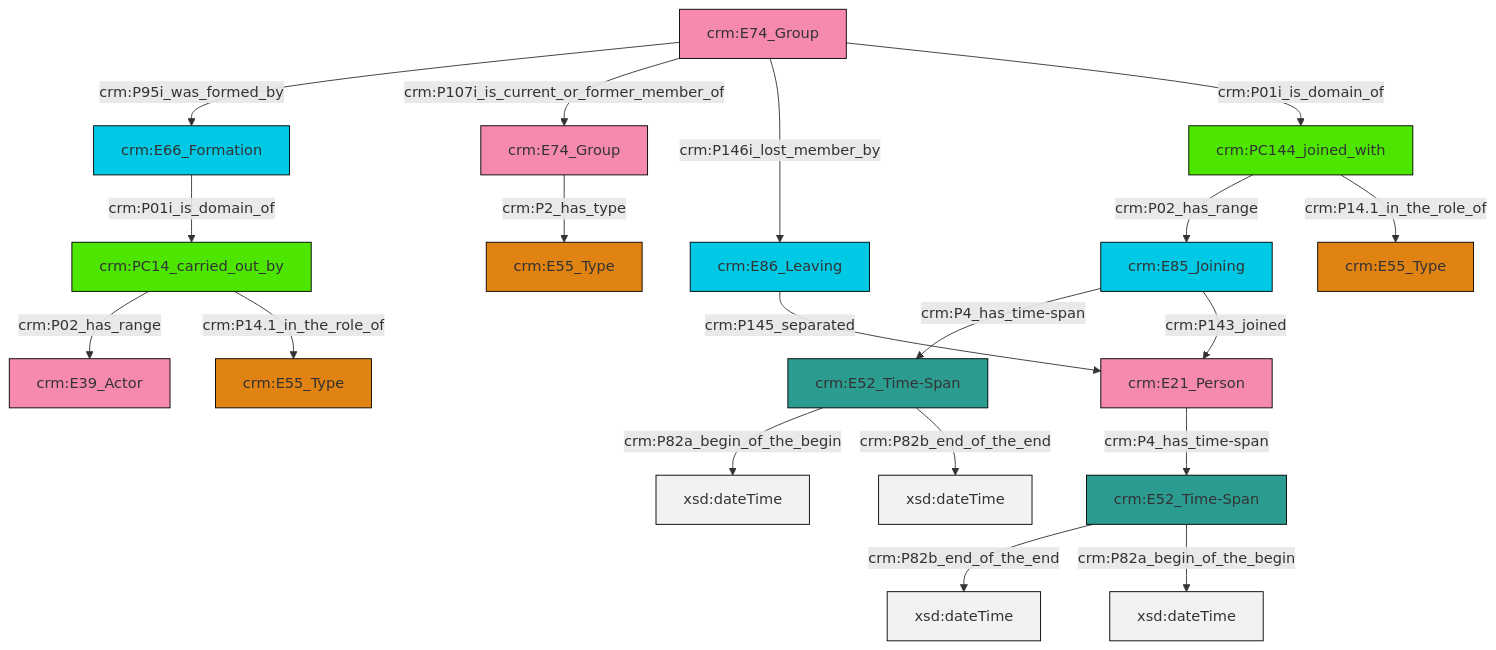
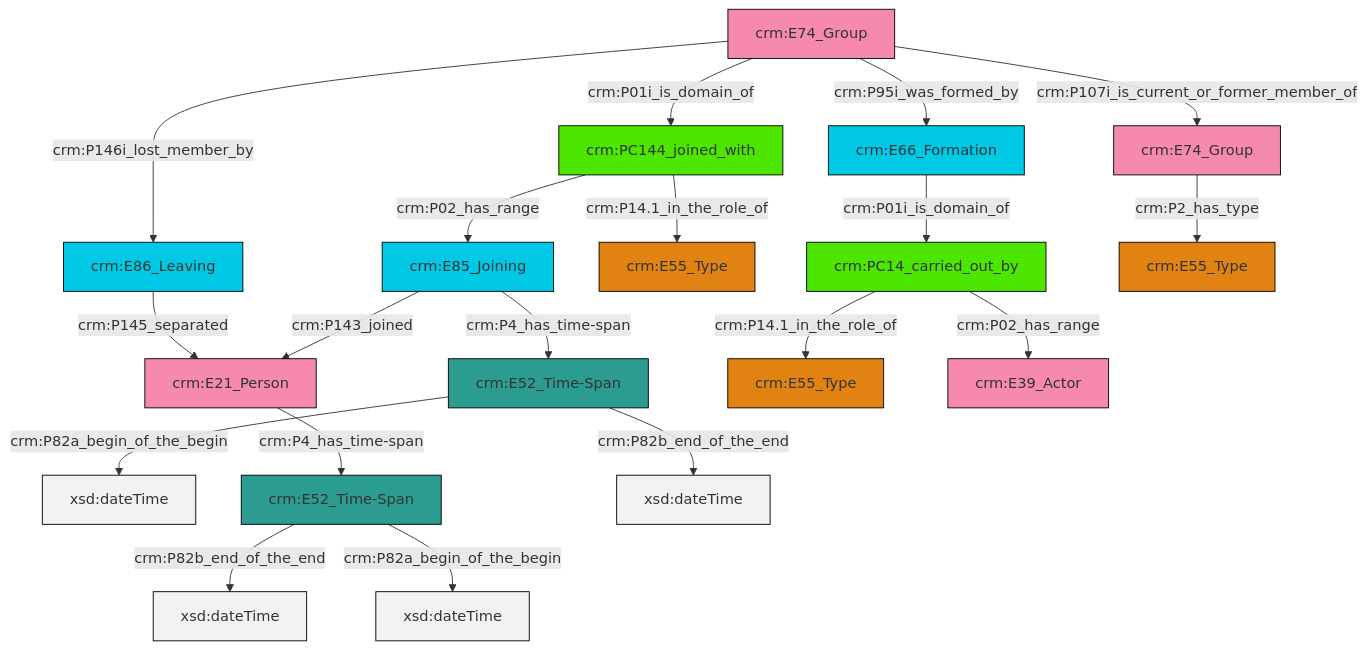
One commit to swiss-art-research-net/docs.swissartresearch changed the diagram in et/groupCSV/ttl/mmd/group_actor_relations.ttl.mmd. Above: the diagram before and after it, drawn with Mermaid. The commit also changed 179 other files, not shown here.

```diff
--- a/et/groupCSV/ttl/mmd/group_actor_relations.ttl.mmd
+++ b/et/groupCSV/ttl/mmd/group_actor_relations.ttl.mmd
@@ -1,33 +1,33 @@
 graph TD
 classDef Literal fill:#f2f2f2,stroke:#000000;
 classDef CRM_Entity fill:#FFFFFF,stroke:#000000;
 classDef Temporal_Entity fill:#00C9E6, stroke:#000000;
 classDef Type fill:#E18312, stroke:#000000;
 classDef Time-Span fill:#2C9C91, stroke:#000000;
 classDef Appellation fill:#FFEB7F, stroke:#000000;
 classDef Place fill:#008836, stroke:#000000;
 classDef Persistent_Item fill:#B266B2, stroke:#000000;
 classDef Conceptual_Object fill:#FFD700, stroke:#000000;
 classDef Physical_Thing fill:#D2B48C, stroke:#000000;
 classDef Actor fill:#f58aad, stroke:#000000;
 classDef PC_Classes fill:#4ce600, stroke:#000000;
 classDef Multi fill:#cccccc,stroke:#000000;
 
-2["crm:E66_Formation"]:::Temporal_Entity -->|crm:P01i_is_domain_of| 3["crm:PC14_carried_out_by"]:::PC_Classes
-6["crm:E52_Time-Span"]:::Time-Span -->|crm:P82a_begin_of_the_begin| 7[xsd:dateTime]:::Literal
-10["crm:E74_Group"]:::Actor -->|crm:P95i_was_formed_by| 2["crm:E66_Formation"]:::Temporal_Entity
-10["crm:E74_Group"]:::Actor -->|crm:P107i_is_current_or_former_member_of| 17["crm:E74_Group"]:::Actor
-8["crm:E85_Joining"]:::Temporal_Entity -->|crm:P4_has_time-span| 6["crm:E52_Time-Span"]:::Time-Span
-12["crm:PC144_joined_with"]:::PC_Classes -->|crm:P02_has_range| 8["crm:E85_Joining"]:::Temporal_Entity
-3["crm:PC14_carried_out_by"]:::PC_Classes -->|crm:P02_has_range| 20["crm:E39_Actor"]:::Actor
-17["crm:E74_Group"]:::Actor -->|crm:P2_has_type| 0["crm:E55_Type"]:::Type
-12["crm:PC144_joined_with"]:::PC_Classes -->|crm:P14.1_in_the_role_of| 21["crm:E55_Type"]:::Type
-18["crm:E86_Leaving"]:::Temporal_Entity -->|crm:P145_separated| 25["crm:E21_Person"]:::Actor
-8["crm:E85_Joining"]:::Temporal_Entity -->|crm:P143_joined| 25["crm:E21_Person"]:::Actor
-15["crm:E52_Time-Span"]:::Time-Span -->|crm:P82b_end_of_the_end| 29[xsd:dateTime]:::Literal
-10["crm:E74_Group"]:::Actor -->|crm:P146i_lost_member_by| 18["crm:E86_Leaving"]:::Temporal_Entity
-15["crm:E52_Time-Span"]:::Time-Span -->|crm:P82a_begin_of_the_begin| 31[xsd:dateTime]:::Literal
-25["crm:E21_Person"]:::Actor -->|crm:P4_has_time-span| 15["crm:E52_Time-Span"]:::Time-Span
-10["crm:E74_Group"]:::Actor -->|crm:P01i_is_domain_of| 12["crm:PC144_joined_with"]:::PC_Classes
-3["crm:PC14_carried_out_by"]:::PC_Classes -->|crm:P14.1_in_the_role_of| 4["crm:E55_Type"]:::Type
-6["crm:E52_Time-Span"]:::Time-Span -->|crm:P82b_end_of_the_end| 34[xsd:dateTime]:::Literal
+0["crm:E52_Time-Span"]:::Time-Span -->|crm:P82a_begin_of_the_begin| 1[xsd:dateTime]:::Literal
+6["crm:E74_Group"]:::Actor -->|crm:P146i_lost_member_by| 2["crm:E86_Leaving"]:::Temporal_Entity
+7["crm:E21_Person"]:::Actor -->|crm:P4_has_time-span| 8["crm:E52_Time-Span"]:::Time-Span
+4["crm:E66_Formation"]:::Temporal_Entity -->|crm:P01i_is_domain_of| 9["crm:PC14_carried_out_by"]:::PC_Classes
+14["crm:PC144_joined_with"]:::PC_Classes -->|crm:P14.1_in_the_role_of| 11["crm:E55_Type"]:::Type
+15["crm:E85_Joining"]:::Temporal_Entity -->|crm:P4_has_time-span| 0["crm:E52_Time-Span"]:::Time-Span
+15["crm:E85_Joining"]:::Temporal_Entity -->|crm:P143_joined| 7["crm:E21_Person"]:::Actor
+2["crm:E86_Leaving"]:::Temporal_Entity -->|crm:P145_separated| 7["crm:E21_Person"]:::Actor
+0["crm:E52_Time-Span"]:::Time-Span -->|crm:P82b_end_of_the_end| 19[xsd:dateTime]:::Literal
+6["crm:E74_Group"]:::Actor -->|crm:P95i_was_formed_by| 4["crm:E66_Formation"]:::Temporal_Entity
+8["crm:E52_Time-Span"]:::Time-Span -->|crm:P82b_end_of_the_end| 25[xsd:dateTime]:::Literal
+14["crm:PC144_joined_with"]:::PC_Classes -->|crm:P02_has_range| 15["crm:E85_Joining"]:::Temporal_Entity
+9["crm:PC14_carried_out_by"]:::PC_Classes -->|crm:P02_has_range| 26["crm:E39_Actor"]:::Actor
+6["crm:E74_Group"]:::Actor -->|crm:P107i_is_current_or_former_member_of| 16["crm:E74_Group"]:::Actor
+6["crm:E74_Group"]:::Actor -->|crm:P01i_is_domain_of| 14["crm:PC144_joined_with"]:::PC_Classes
+16["crm:E74_Group"]:::Actor -->|crm:P2_has_type| 30["crm:E55_Type"]:::Type
+8["crm:E52_Time-Span"]:::Time-Span -->|crm:P82a_begin_of_the_begin| 34[xsd:dateTime]:::Literal
+9["crm:PC14_carried_out_by"]:::PC_Classes -->|crm:P14.1_in_the_role_of| 22["crm:E55_Type"]:::Type
```
